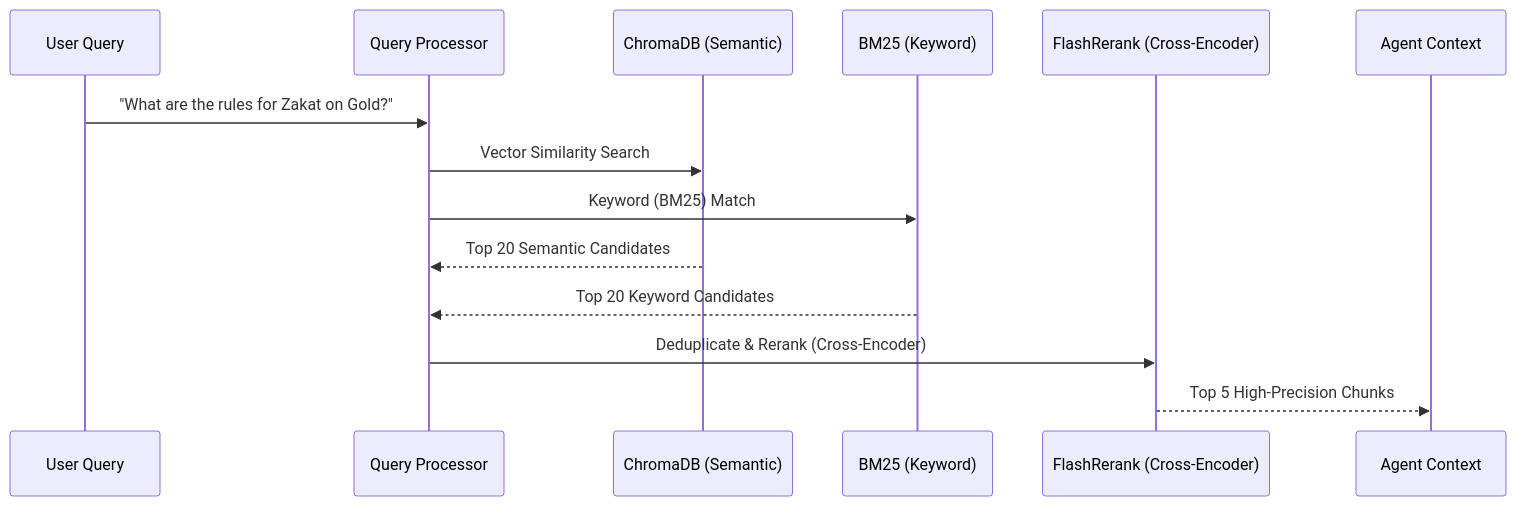
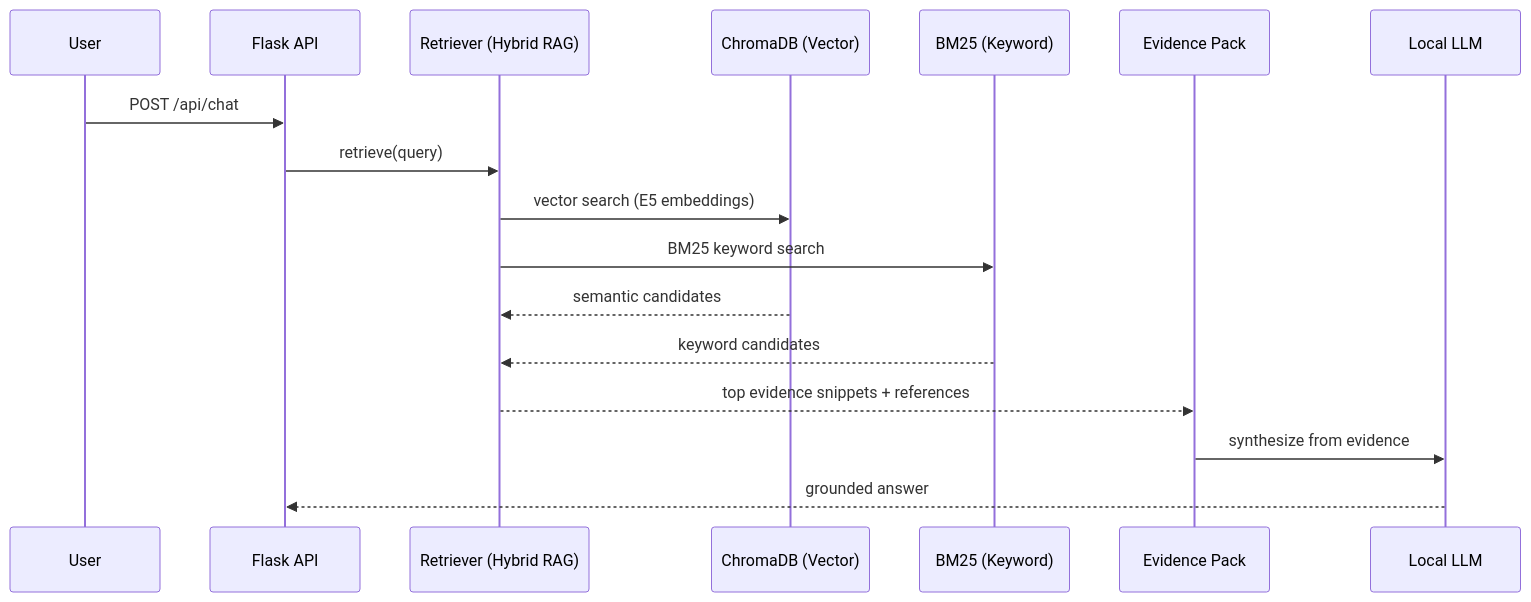
One commit to IslamicApps-IslamInsights/Islamic-AIAgent changed the diagram in docs/KNOWLEDGE_BASE_TECHNICAL.md. Above: the diagram before and after it, drawn with Mermaid. The commit also changed other lines of this file and 187 other files, not shown here.

First line of the commit message:
integrate comprehensive project indexing and knowledge graph system

````diff
--- a/docs/KNOWLEDGE_BASE_TECHNICAL.md
+++ b/docs/KNOWLEDGE_BASE_TECHNICAL.md
@@ -9,17 +7,20 @@
 ```mermaid
 sequenceDiagram
-    participant U as User Query
-    participant Q as Query Processor
-    participant C as ChromaDB (Semantic)
-    participant B as BM25 (Keyword)
-    participant R as FlashRerank (Cross-Encoder)
-    participant A as Agent Context
+    participant U as User
+    participant API as Flask API
+    participant R as Retriever (Hybrid RAG)
+    participant V as ChromaDB (Vector)
+    participant K as BM25 (Keyword)
+    participant S as Evidence Pack
+    participant L as Local LLM
 
-    U->>Q: "What are the rules for Zakat on Gold?"
-    Q->>C: Vector Similarity Search
-    Q->>B: Keyword (BM25) Match
-    C-->>Q: Top 20 Semantic Candidates
-    B-->>Q: Top 20 Keyword Candidates
-    Q->>R: Deduplicate & Rerank (Cross-Encoder)
-    R-->>A: Top 5 High-Precision Chunks
+    U->>API: POST /api/chat
+    API->>R: retrieve(query)
+    R->>V: vector search (E5 embeddings)
+    R->>K: BM25 keyword search
+    V-->>R: semantic candidates
+    K-->>R: keyword candidates
+    R-->>S: top evidence snippets + references
+    S->>L: synthesize from evidence
+    L-->>API: grounded answer
 ```
````
